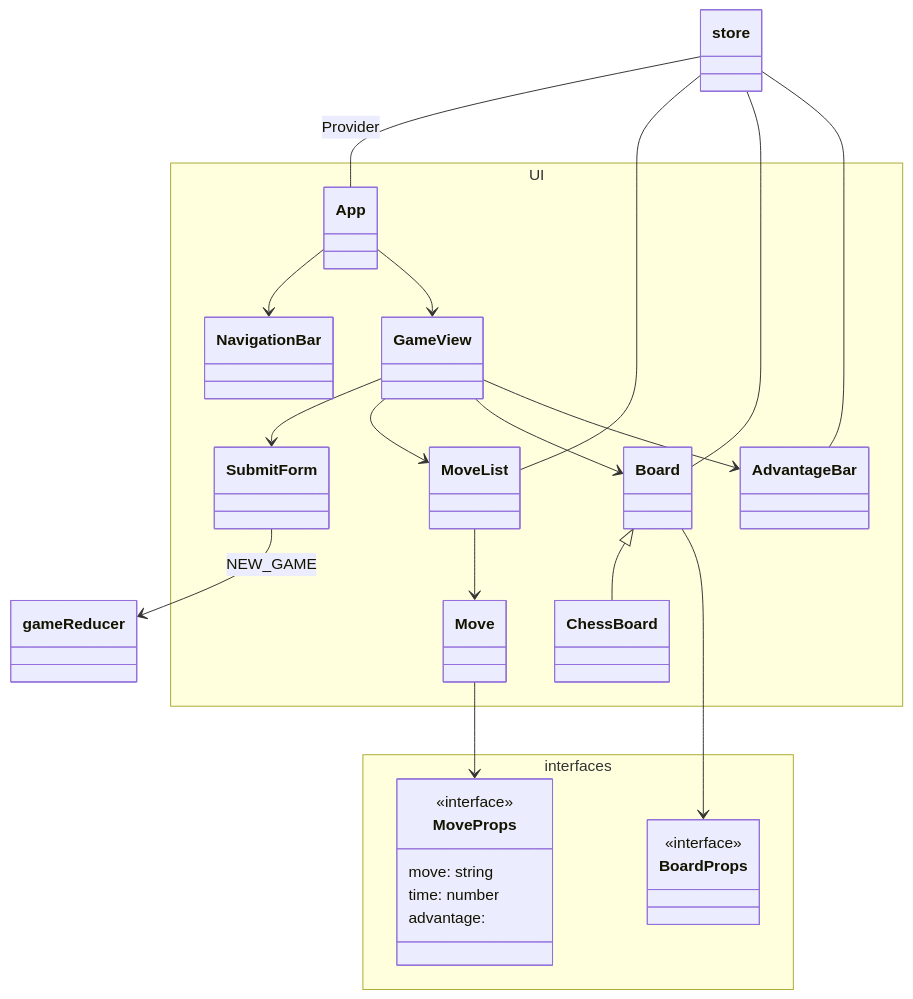
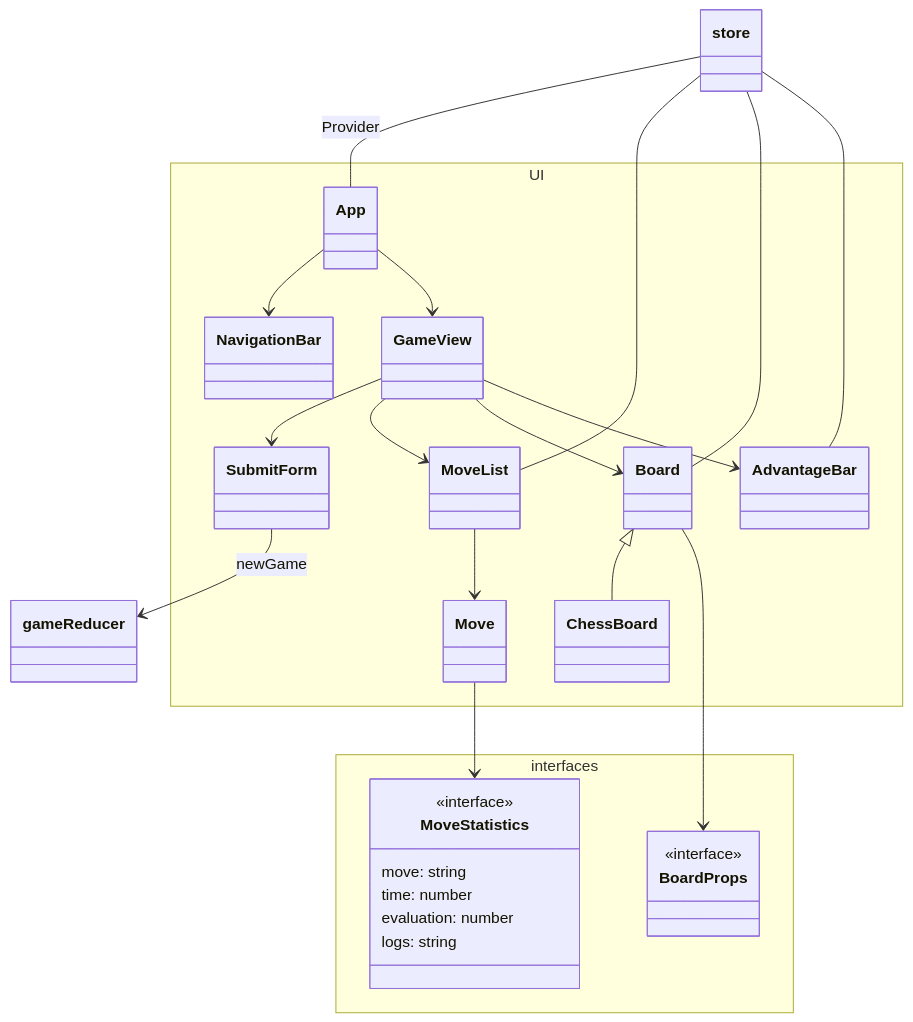
Before and after one commit to game-ai-platform-team/tira-ai-platform: the fourth of 5 diagrams in docs/architecture.md, drawn with Mermaid. The commit also changed other lines of this file, not shown here.

Commit message:
docs: Update frontend architecture

````diff
--- a/docs/architecture.md
+++ b/docs/architecture.md
@@ -175,49 +175,50 @@
 ```mermaid
 classDiagram
 store -- App: Provider
 
 App --> NavigationBar
 App --> GameView
 
 GameView --> SubmitForm
 GameView --> MoveList
 GameView --> Board
 GameView --> AdvantageBar
 
 Board <|-- ChessBoard
 Board --> BoardProps
 
 MoveList --> Move
-Move --> MoveProps
+Move --> MoveStatistics
 
-SubmitForm --> gameReducer: NEW_GAME
+SubmitForm --> gameReducer: newGame
 Board -- store
 MoveList -- store
 AdvantageBar -- store
 
 namespace interfaces {
-    class MoveProps {
+    class MoveStatistics {
     <<interface>>
     move: string
     time: number
-    advantage:
+    evaluation: number
+    logs: string
     }
 
     class BoardProps {
         <<interface>>
     }
 }
 
 
 namespace UI {
     class App
     class NavigationBar
     class GameView
     class SubmitForm
     class AdvantageBar
     class Board
     class ChessBoard
     class Move
     class MoveList
 }
 ```
````
